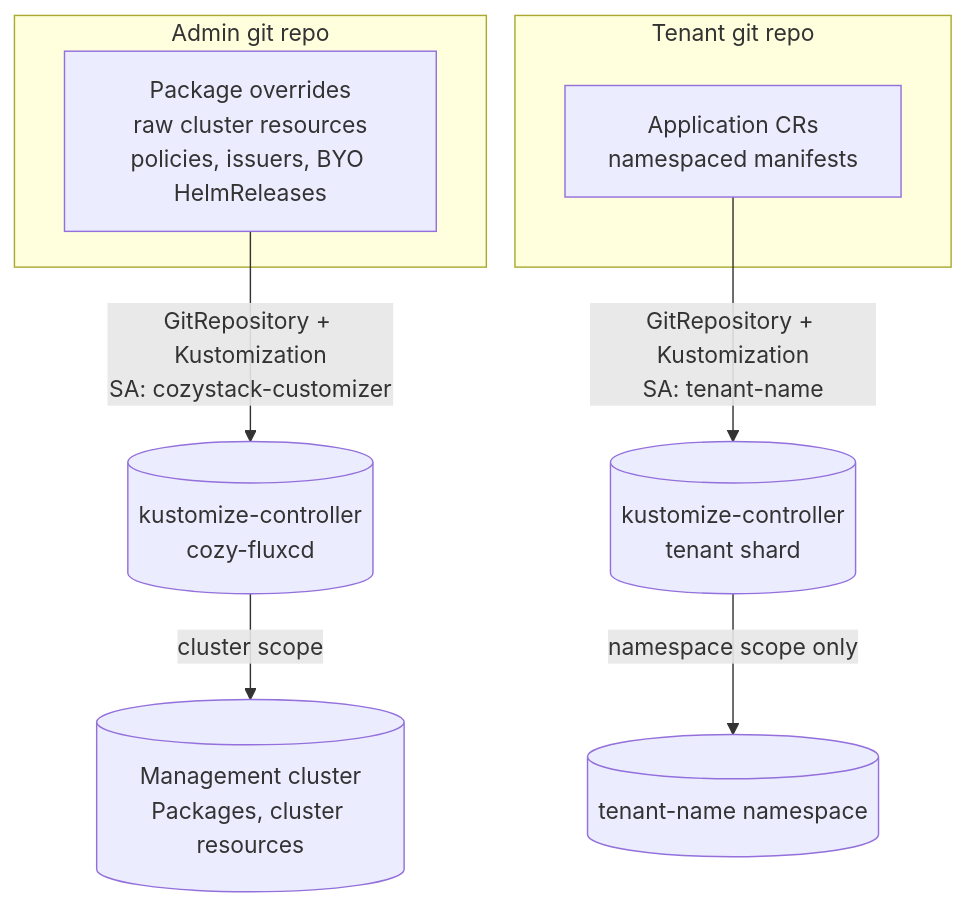
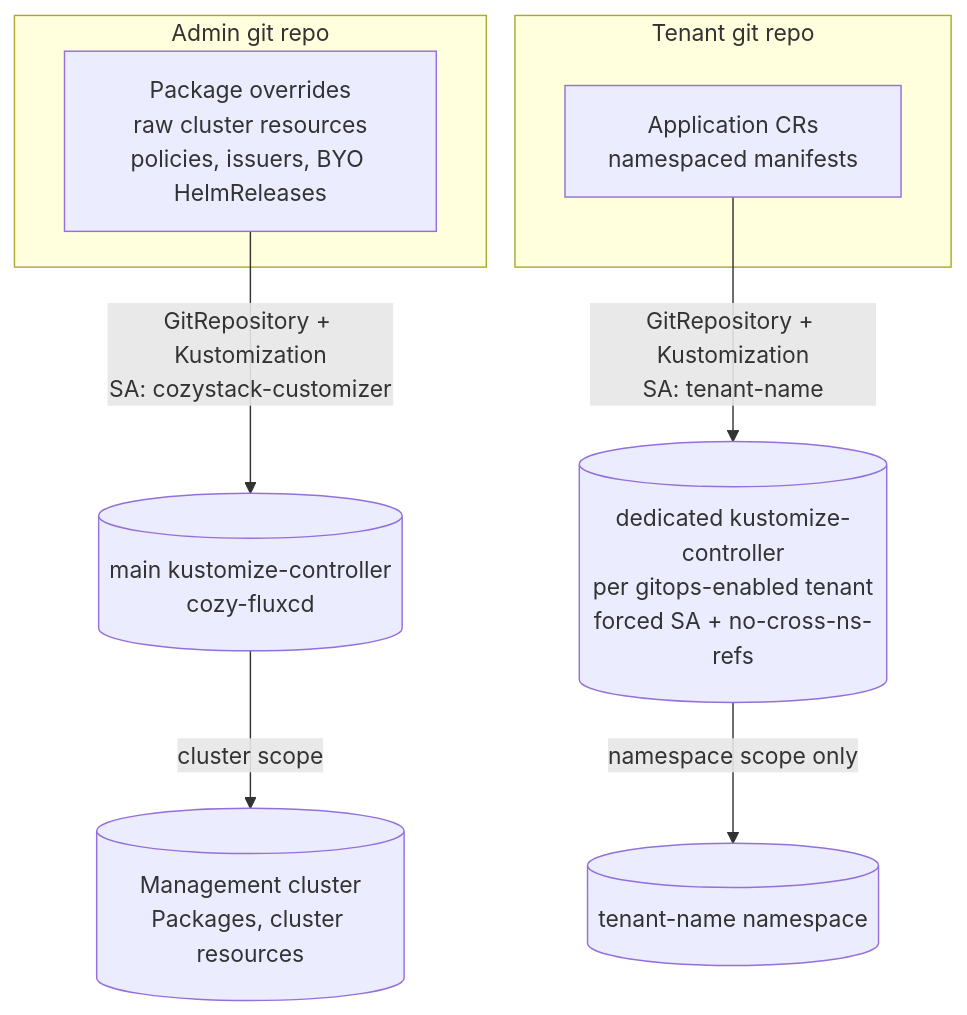
One commit to cozystack/community changed the diagram in design-proposals/gitops-surfaces/README.md. Above: the diagram before and after it, drawn with Mermaid. The commit also changed other lines of this file, not shown here.

First line of the commit message:
docs(gitops-surfaces): refactor tenant isolation onto flux-shard-operator

````diff
--- a/design-proposals/gitops-surfaces/README.md
+++ b/design-proposals/gitops-surfaces/README.md
@@ -66,15 +67,15 @@
 ```mermaid
 flowchart TD
     subgraph repo_admin[Admin git repo]
       A1[Package overrides<br/>raw cluster resources<br/>policies, issuers, BYO HelmReleases]
     end
     subgraph repo_tenant[Tenant git repo]
       T1[Application CRs<br/>namespaced manifests]
     end
 
-    A1 -->|GitRepository + Kustomization<br/>SA: cozystack-customizer| KC[(kustomize-controller<br/>cozy-fluxcd)]
-    T1 -->|GitRepository + Kustomization<br/>SA: tenant-name| KCT[(kustomize-controller<br/>tenant shard)]
+    A1 -->|GitRepository + Kustomization<br/>SA: cozystack-customizer| KC[(main kustomize-controller<br/>cozy-fluxcd)]
+    T1 -->|GitRepository + Kustomization<br/>SA: tenant-name| KCT[(dedicated kustomize-controller<br/>per gitops-enabled tenant<br/>forced SA + no-cross-ns-refs)]
 
     KC -->|cluster scope| CLUSTER[(Management cluster<br/>Packages, cluster resources)]
     KCT -->|namespace scope only| NS[(tenant-name namespace)]
 ```
````
